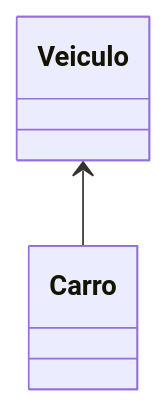
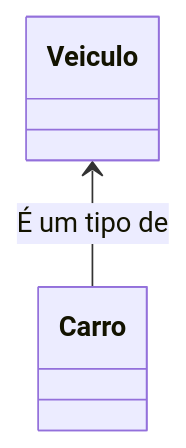
The first of 10 diagrams in 11.md (efojunior/It_NeoCamp_Java), drawn with Mermaid before and after one commit. The commit also changed other lines of this file, not shown here.

````diff
--- a/11.md
+++ b/11.md
@@ -11,4 +11,4 @@
 ```mermaid
 classDiagram
-Veiculo <-- Carro
+Veiculo <-- Carro : É um tipo de 
 ```
````
